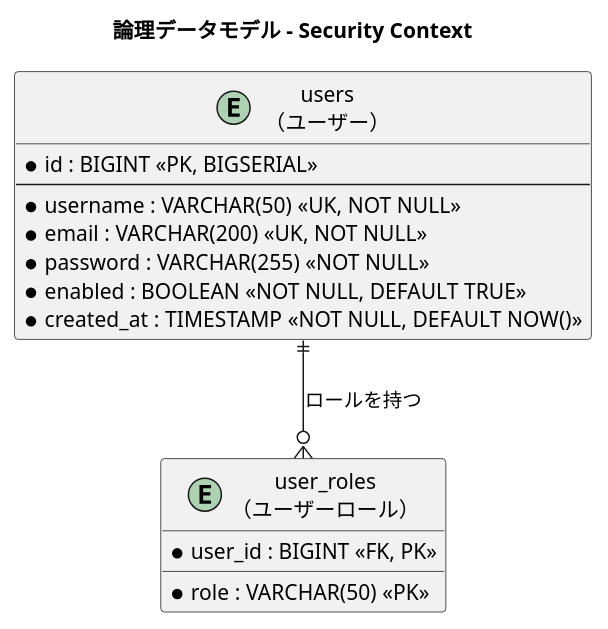
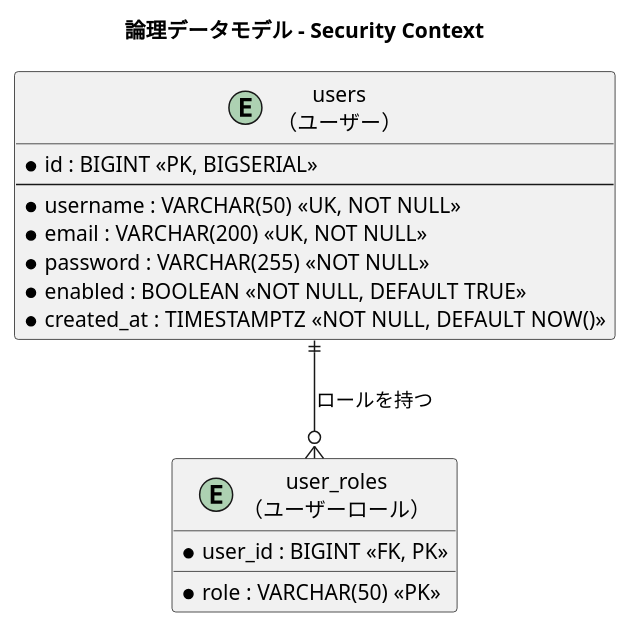
The ninth of 9 diagrams in docs/design/data-model.md (k2works/case-study-cargo-tracker), drawn with PlantUML before and after one commit. The commit also changed other lines of this file and 6 other files, not shown here.

````diff
--- a/docs/design/data-model.md
+++ b/docs/design/data-model.md
@@ -602,23 +606,23 @@
 ```plantuml
 @startuml
 title 論理データモデル - Security Context
 
 entity "users\n（ユーザー）" as users {
   * id : BIGINT <<PK, BIGSERIAL>>
   --
   * username : VARCHAR(50) <<UK, NOT NULL>>
   * email : VARCHAR(200) <<UK, NOT NULL>>
   * password : VARCHAR(255) <<NOT NULL>>
   * enabled : BOOLEAN <<NOT NULL, DEFAULT TRUE>>
-  * created_at : TIMESTAMP <<NOT NULL, DEFAULT NOW()>>
+  * created_at : TIMESTAMPTZ <<NOT NULL, DEFAULT NOW()>>
 }
 
 entity "user_roles\n（ユーザーロール）" as user_roles {
   * user_id : BIGINT <<FK, PK>>
   * role : VARCHAR(50) <<PK>>
 }
 
 users ||--o{ user_roles : "ロールを持つ"
 
 @enduml
 ```
````
